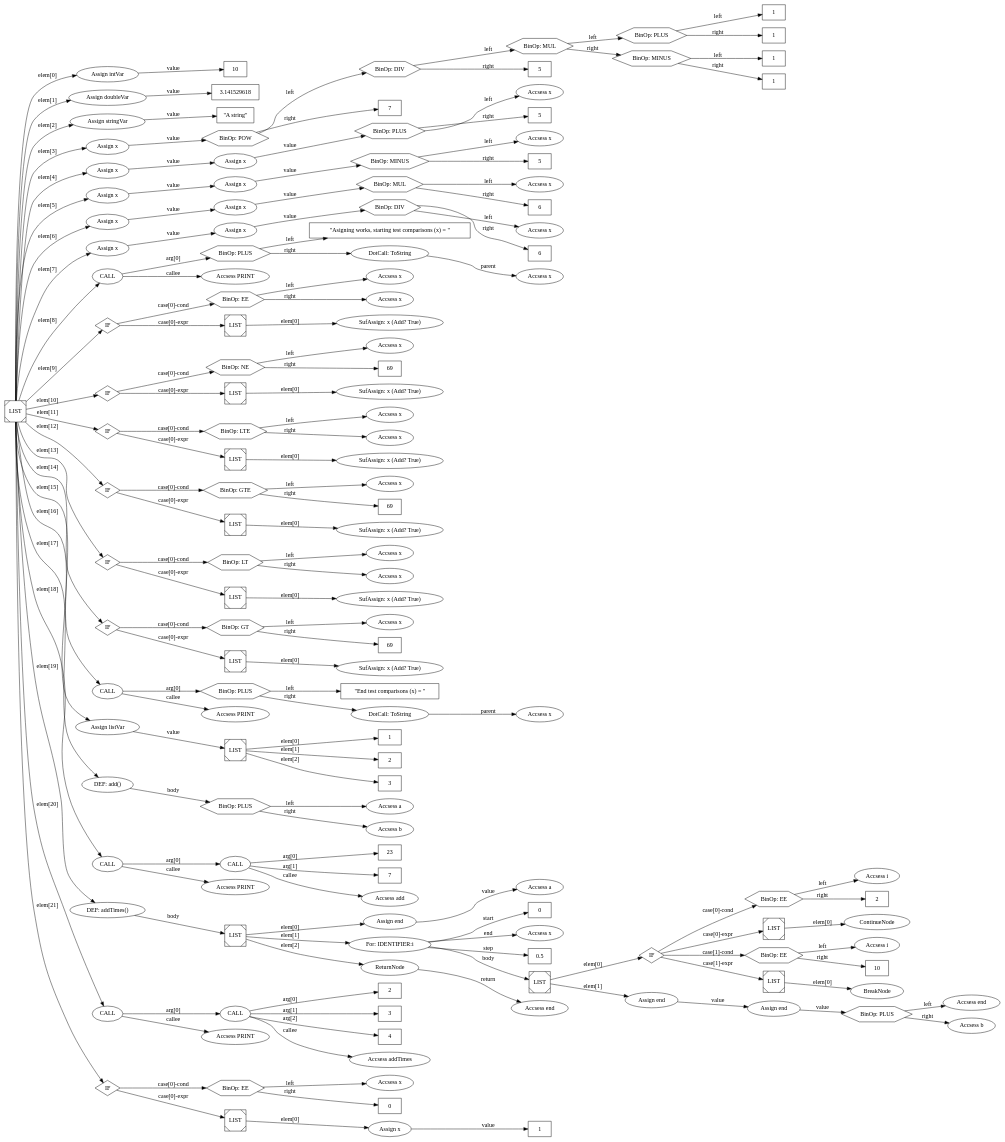
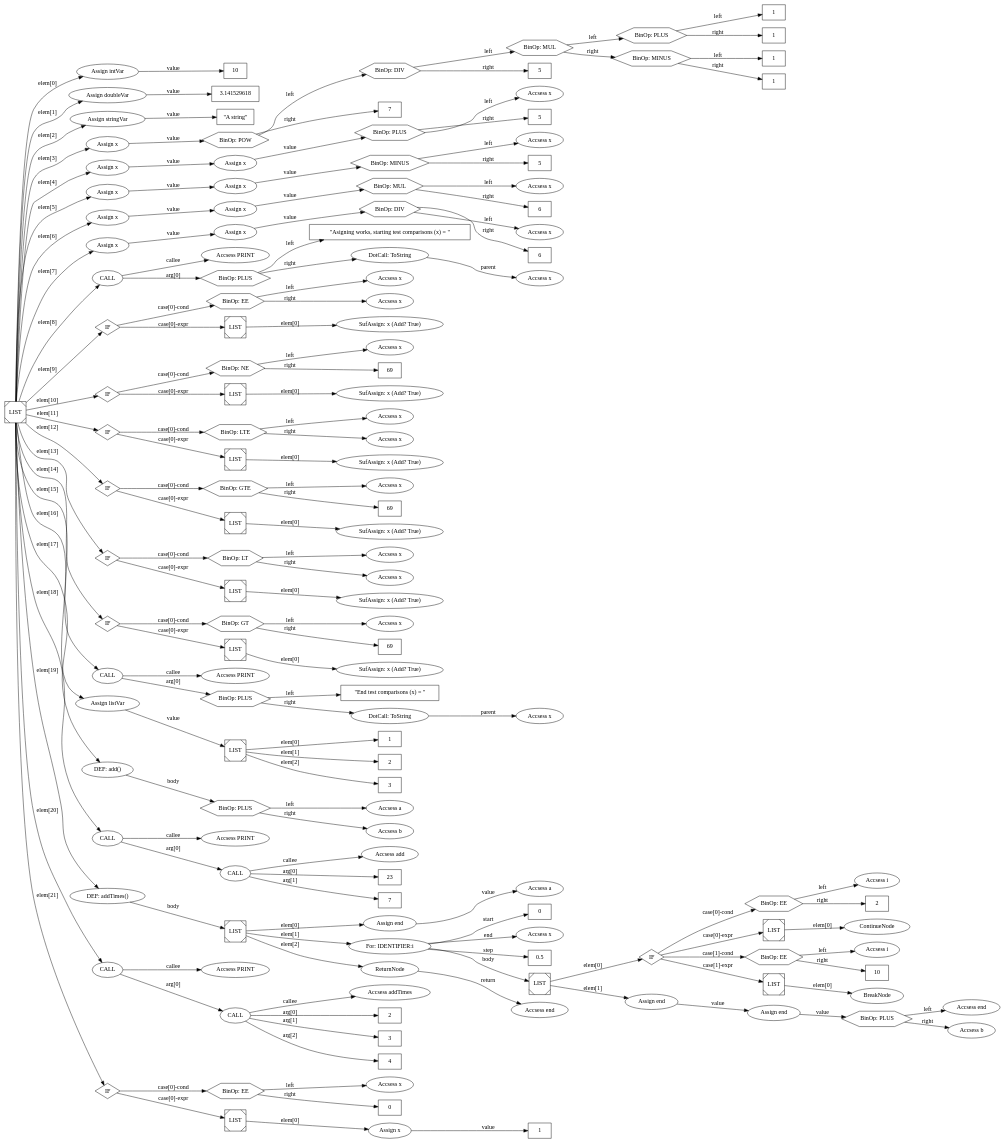
Before and after one commit to xXrederXx/YSharp: the diagram in DOT/DOT-testseveryys.dot, drawn with Graphviz. The commit also changed 4 other files, not shown here.

```diff
--- a/DOT/DOT-testseveryys.dot
+++ b/DOT/DOT-testseveryys.dot
@@ -78,16 +78,16 @@
   node34 -> node35 [label="value"];
   node0 -> node34 [label="elem[7]"];
   node39 [label="CALL" shape="ellipse"];
-  node40 [label="BinOp: PLUS" shape="hexagon"];
-  node41 [label="\"Asigning works, starting test comparisons (x) = \"" shape="rect"];
-  node40 -> node41 [label="left"];
-  node42 [label="DotCall: ToString" shape="ellipse"];
-  node43 [label="Accsess x" shape="ellipse"];
-  node42 -> node43 [label="parent"];
-  node40 -> node42 [label="right"];
-  node39 -> node40 [label="arg[0]"];
-  node44 [label="Accsess PRINT" shape="ellipse"];
-  node39 -> node44 [label="callee"];
+  node40 [label="Accsess PRINT" shape="ellipse"];
+  node39 -> node40 [label="callee"];
+  node41 [label="BinOp: PLUS" shape="hexagon"];
+  node42 [label="\"Asigning works, starting test comparisons (x) = \"" shape="rect"];
+  node41 -> node42 [label="left"];
+  node43 [label="DotCall: ToString" shape="ellipse"];
+  node44 [label="Accsess x" shape="ellipse"];
+  node43 -> node44 [label="parent"];
+  node41 -> node43 [label="right"];
+  node39 -> node41 [label="arg[0]"];
   node0 -> node39 [label="elem[8]"];
   node45 [label="IF" shape="diamond"];
   node46 [label="BinOp: EE" shape="hexagon"];
@@ -162,16 +162,16 @@
   node75 -> node79 [label="case[0]-expr"];
   node0 -> node75 [label="elem[14]"];
   node81 [label="CALL" shape="ellipse"];
-  node82 [label="BinOp: PLUS" shape="hexagon"];
-  node83 [label="\"End test comparisons (x) = \"" shape="rect"];
-  node82 -> node83 [label="left"];
-  node84 [label="DotCall: ToString" shape="ellipse"];
-  node85 [label="Accsess x" shape="ellipse"];
-  node84 -> node85 [label="parent"];
-  node82 -> node84 [label="right"];
-  node81 -> node82 [label="arg[0]"];
-  node86 [label="Accsess PRINT" shape="ellipse"];
-  node81 -> node86 [label="callee"];
+  node82 [label="Accsess PRINT" shape="ellipse"];
+  node81 -> node82 [label="callee"];
+  node83 [label="BinOp: PLUS" shape="hexagon"];
+  node84 [label="\"End test comparisons (x) = \"" shape="rect"];
+  node83 -> node84 [label="left"];
+  node85 [label="DotCall: ToString" shape="ellipse"];
+  node86 [label="Accsess x" shape="ellipse"];
+  node85 -> node86 [label="parent"];
+  node83 -> node85 [label="right"];
+  node81 -> node83 [label="arg[0]"];
   node0 -> node81 [label="elem[15]"];
   node87 [label="Assign listVar" shape="ellipse"];
   node88 [label="LIST" shape="Msquare"];
@@ -192,16 +192,16 @@
   node92 -> node93 [label="body"];
   node0 -> node92 [label="elem[17]"];
   node96 [label="CALL" shape="ellipse"];
-  node97 [label="CALL" shape="ellipse"];
-  node98 [label="23" shape="rect"];
-  node97 -> node98 [label="arg[0]"];
-  node99 [label="7" shape="rect"];
-  node97 -> node99 [label="arg[1]"];
-  node100 [label="Accsess add" shape="ellipse"];
-  node97 -> node100 [label="callee"];
-  node96 -> node97 [label="arg[0]"];
-  node101 [label="Accsess PRINT" shape="ellipse"];
-  node96 -> node101 [label="callee"];
+  node97 [label="Accsess PRINT" shape="ellipse"];
+  node96 -> node97 [label="callee"];
+  node98 [label="CALL" shape="ellipse"];
+  node99 [label="Accsess add" shape="ellipse"];
+  node98 -> node99 [label="callee"];
+  node100 [label="23" shape="rect"];
+  node98 -> node100 [label="arg[0]"];
+  node101 [label="7" shape="rect"];
+  node98 -> node101 [label="arg[1]"];
+  node96 -> node98 [label="arg[0]"];
   node0 -> node96 [label="elem[18]"];
   node102 [label="DEF: addTimes()" shape="ellipse"];
   node103 [label="LIST" shape="Msquare"];
@@ -258,18 +258,18 @@
   node102 -> node103 [label="body"];
   node0 -> node102 [label="elem[19]"];
   node129 [label="CALL" shape="ellipse"];
-  node130 [label="CALL" shape="ellipse"];
-  node131 [label="2" shape="rect"];
-  node130 -> node131 [label="arg[0]"];
-  node132 [label="3" shape="rect"];
-  node130 -> node132 [label="arg[1]"];
-  node133 [label="4" shape="rect"];
-  node130 -> node133 [label="arg[2]"];
-  node134 [label="Accsess addTimes" shape="ellipse"];
-  node130 -> node134 [label="callee"];
-  node129 -> node130 [label="arg[0]"];
-  node135 [label="Accsess PRINT" shape="ellipse"];
-  node129 -> node135 [label="callee"];
+  node130 [label="Accsess PRINT" shape="ellipse"];
+  node129 -> node130 [label="callee"];
+  node131 [label="CALL" shape="ellipse"];
+  node132 [label="Accsess addTimes" shape="ellipse"];
+  node131 -> node132 [label="callee"];
+  node133 [label="2" shape="rect"];
+  node131 -> node133 [label="arg[0]"];
+  node134 [label="3" shape="rect"];
+  node131 -> node134 [label="arg[1]"];
+  node135 [label="4" shape="rect"];
+  node131 -> node135 [label="arg[2]"];
+  node129 -> node131 [label="arg[0]"];
   node0 -> node129 [label="elem[20]"];
   node136 [label="IF" shape="diamond"];
   node137 [label="BinOp: EE" shape="hexagon"];
```
